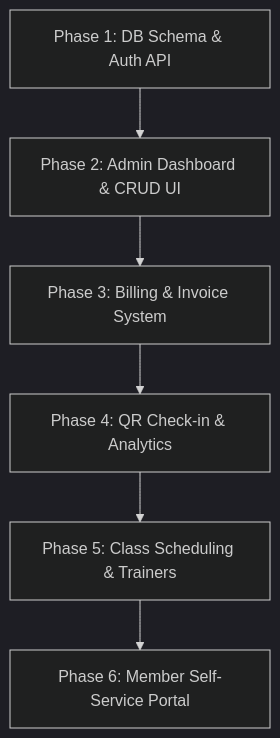
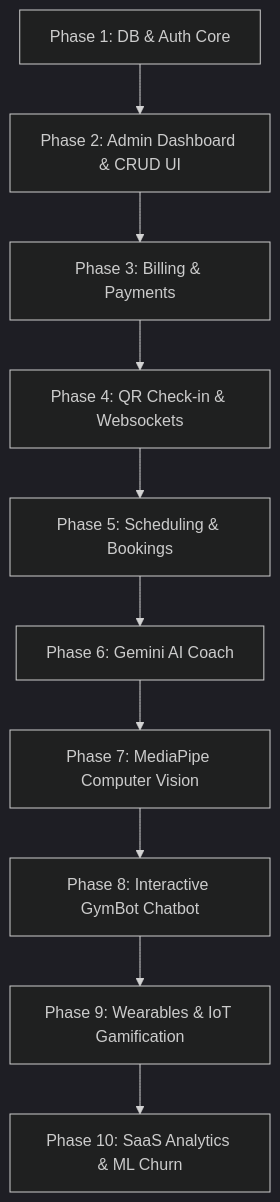
One commit to priyanshu050307/Gym-Management changed the diagram in implementation_plan.md. Above: the diagram before and after it, drawn with Mermaid (dark theme). The commit also changed other lines of this file and 45 other files, not shown here.

````diff
--- a/implementation_plan.md
+++ b/implementation_plan.md
@@ -17,8 +18,12 @@
 ```mermaid
 graph TD
-    P1[Phase 1: DB Schema & Auth API] --> P2[Phase 2: Admin Dashboard & CRUD UI]
-    P2 --> P3[Phase 3: Billing & Invoice System]
-    P3 --> P4[Phase 4: QR Check-in & Analytics]
-    P4 --> P5[Phase 5: Class Scheduling & Trainers]
-    P5 --> P6[Phase 6: Member Self-Service Portal]
+    P1[Phase 1: DB & Auth Core] --> P2[Phase 2: Admin Dashboard & CRUD UI]
+    P2 --> P3[Phase 3: Billing & Payments]
+    P3 --> P4[Phase 4: QR Check-in & Websockets]
+    P4 --> P5[Phase 5: Scheduling & Bookings]
+    P5 --> P6[Phase 6: Gemini AI Coach]
+    P6 --> P7[Phase 7: MediaPipe Computer Vision]
+    P7 --> P8[Phase 8: Interactive GymBot Chatbot]
+    P8 --> P9[Phase 9: Wearables & IoT Gamification]
+    P9 --> P10[Phase 10: SaaS Analytics & ML Churn]
 ```
````
